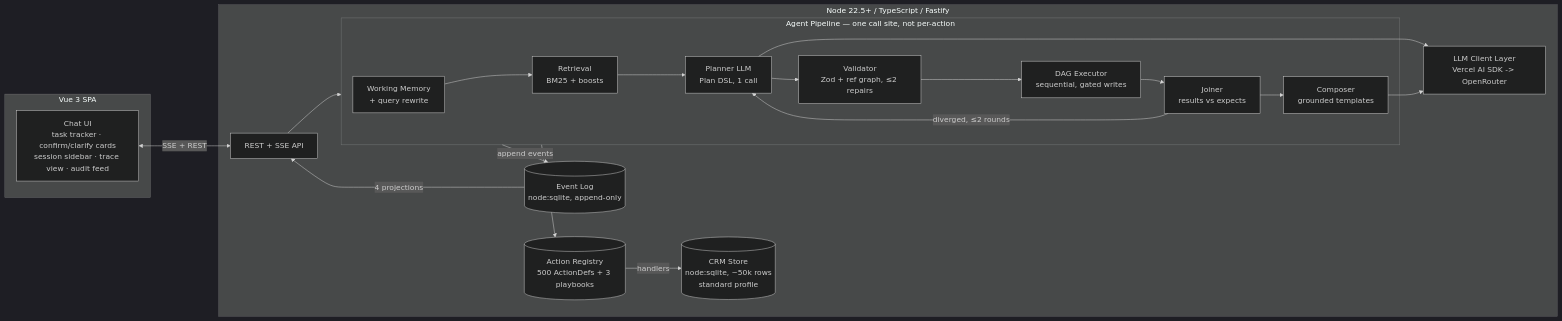
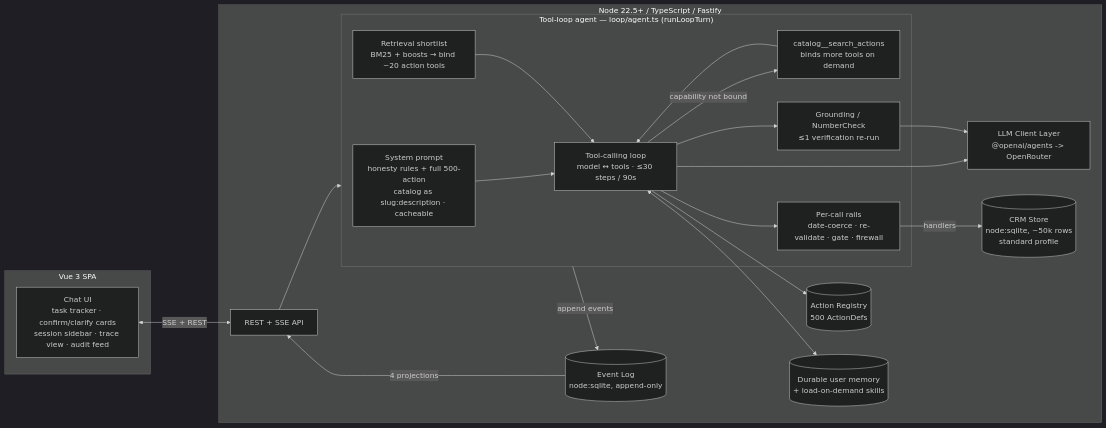
One commit to iamlovelesh/ask-ai changed the first of 2 diagrams in README.md. Above: the diagram before and after it, drawn with Mermaid (dark theme). The commit also changed other lines of this file and 9 other files, not shown here.

````diff
--- a/README.md
+++ b/README.md
@@ -68,31 +78,35 @@
 ```mermaid
 flowchart LR
   subgraph Client["Vue 3 SPA"]
     UI[Chat UI<br/>task tracker · confirm/clarify cards<br/>session sidebar · trace view · audit feed]
   end
 
   subgraph Server["Node 22.5+ / TypeScript / Fastify"]
     API[REST + SSE API]
-    subgraph Agent["Agent Pipeline — one call site, not per-action"]
-      WM[Working Memory<br/>+ query rewrite] --> RET[Retrieval<br/>BM25 + boosts]
-      RET --> PLN[Planner LLM<br/>Plan DSL, 1 call]
-      PLN --> VAL[Validator<br/>Zod + ref graph, ≤2 repairs]
-      VAL --> EXE[DAG Executor<br/>sequential, gated writes]
-      EXE --> JOIN[Joiner<br/>results vs expects]
-      JOIN -->|diverged, ≤2 rounds| PLN
-      JOIN --> CMP[Composer<br/>grounded templates]
+    subgraph Agent["Tool-loop agent — loop/agent.ts (runLoopTurn)"]
+      SYS[System prompt<br/>honesty rules + full 500-action<br/>catalog as slug:description · cacheable]
+      RET[Retrieval shortlist<br/>BM25 + boosts → bind ~20 action tools]
+      LOOP[Tool-calling loop<br/>model ↔ tools · ≤30 steps / 90s]
+      SYS --> LOOP
+      RET --> LOOP
+      LOOP -->|capability not bound| CAT[catalog__search_actions<br/>binds more tools on demand]
+      CAT --> LOOP
+      LOOP --> RAILS[Per-call rails<br/>date-coerce · re-validate · gate · firewall]
+      LOOP --> GND[Grounding / NumberCheck<br/>≤1 verification re-run]
     end
-    REG[(Action Registry<br/>500 ActionDefs + 3 playbooks)]
-    LLM[LLM Client Layer<br/>Vercel AI SDK -> OpenRouter]
+    REG[(Action Registry<br/>500 ActionDefs)]
+    MEM[(Durable user memory<br/>+ load-on-demand skills)]
+    LLM[LLM Client Layer<br/>@openai/agents -> OpenRouter]
     EVT[(Event Log<br/>node:sqlite, append-only)]
     CRM[(CRM Store<br/>node:sqlite, ~50k rows<br/>standard profile)]
   end
 
   UI <-->|SSE + REST| API
   API --> Agent
-  Agent --> REG
-  REG -->|handlers| CRM
-  PLN & CMP --> LLM
+  LOOP --> REG
+  LOOP <--> MEM
+  RAILS -->|handlers| CRM
+  LOOP & GND --> LLM
   Agent -->|append events| EVT
   EVT -->|4 projections| API
 ```
````
